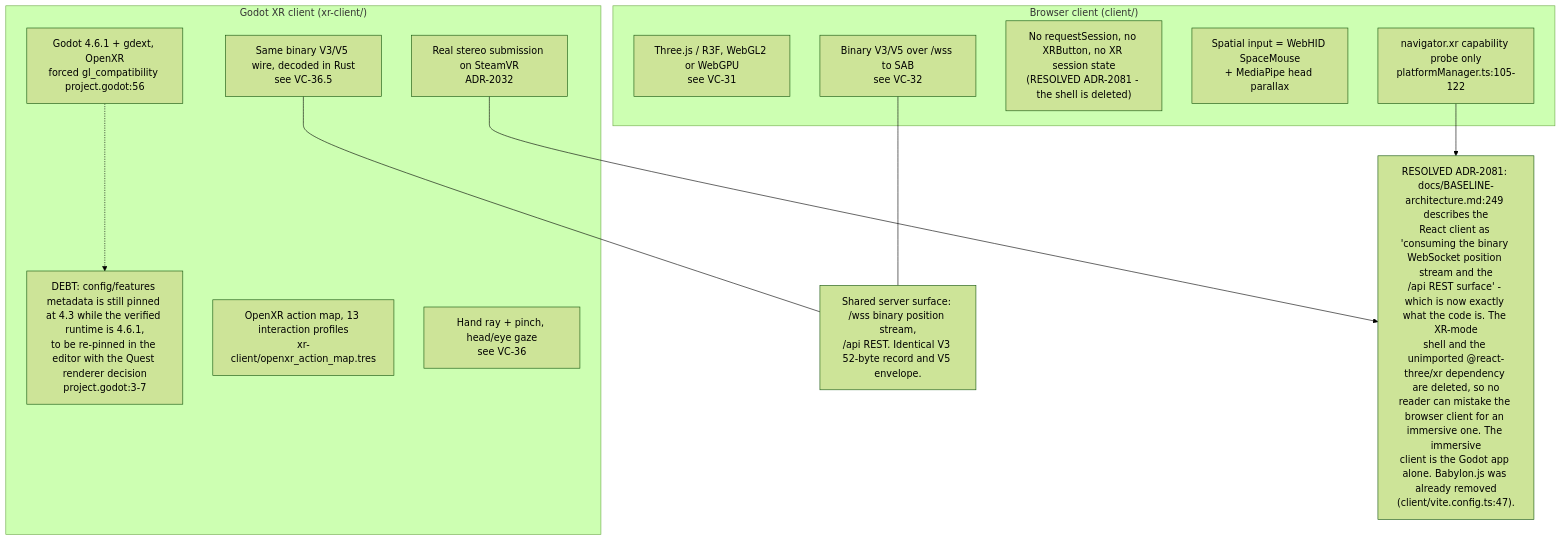
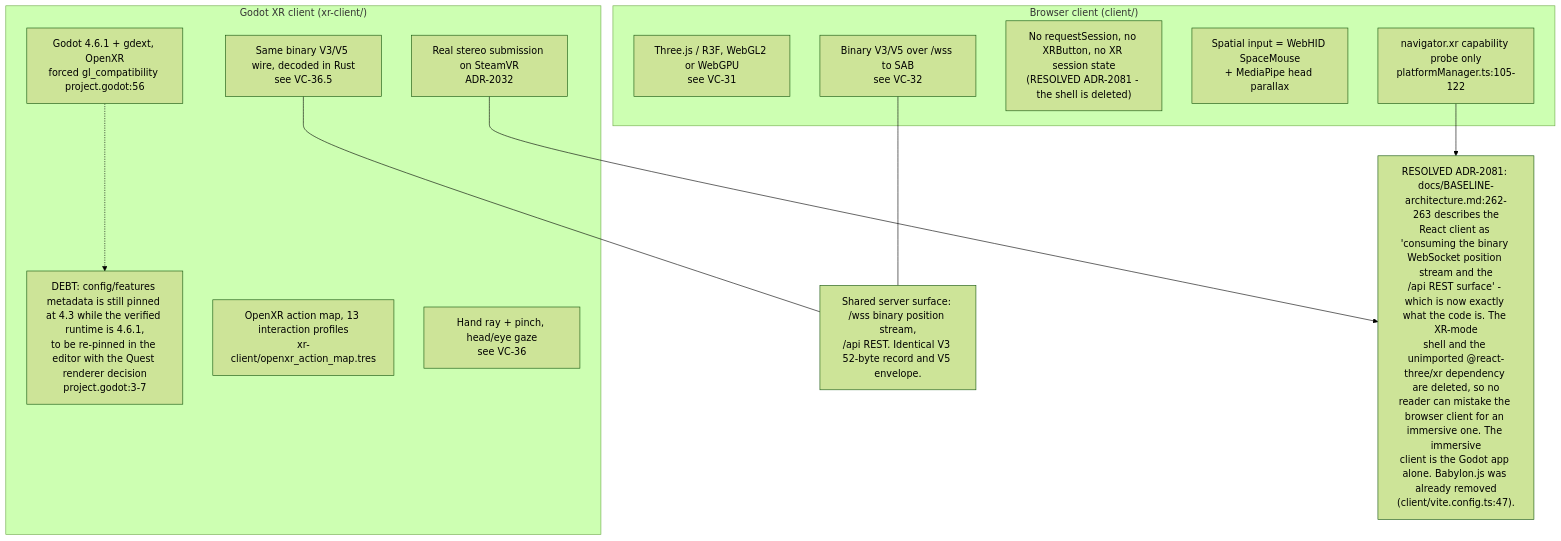
One commit to DreamLab-AI/VisionFlow changed the eighth of 10 diagrams in docs/diagrams/visionclaw/37-browser-xr-and-desktop-input.md. Above: the diagram before and after it, drawn with Mermaid (forest theme). The commit also changed other lines of this file and 145 other files, not shown here.

````diff
--- a/docs/diagrams/visionclaw/37-browser-xr-and-desktop-input.md
+++ b/docs/diagrams/visionclaw/37-browser-xr-and-desktop-input.md
@@ -332,24 +332,24 @@
 ```mermaid
 flowchart TB
     subgraph br["Browser client (client/)"]
         B1["Three.js / R3F, WebGL2 or WebGPU<br/>see VC-31"]
         B2["navigator.xr capability probe only<br/>platformManager.ts:105-122"]
         B3["No requestSession, no XRButton, no XR session state<br/>(RESOLVED ADR-2081 - the shell is deleted)"]
         B4["Spatial input = WebHID SpaceMouse<br/>+ MediaPipe head parallax"]
         B5["Binary V3/V5 over /wss to SAB<br/>see VC-32"]
     end
     subgraph gd["Godot XR client (xr-client/)"]
         G1["Godot 4.6.1 + gdext, OpenXR<br/>forced gl_compatibility project.godot:56"]
         G1D["DEBT: config/features metadata is still pinned at 4.3 while the verified runtime is 4.6.1,<br/>to be re-pinned in the editor with the Quest renderer decision<br/>project.godot:3-7"]
         G1 -.-> G1D
         G2["Real stereo submission on SteamVR<br/>ADR-2032"]
         G3["OpenXR action map, 13 interaction profiles<br/>xr-client/openxr_action_map.tres"]
         G4["Hand ray + pinch, head/eye gaze<br/>see VC-36"]
         G5["Same binary V3/V5 wire, decoded in Rust<br/>see VC-36.5"]
     end
     B5 --- SHARED["Shared server surface: /wss binary position stream,<br/>/api REST. Identical V3 52-byte record and V5 envelope."]
     G5 --- SHARED
     B2 --> DIV
     G2 --> DIV
-    DIV["RESOLVED ADR-2081: docs/BASELINE-architecture.md:249 describes the<br/>React client as 'consuming the binary WebSocket position stream and the<br/>/api REST surface' - which is now exactly what the code is. The XR-mode<br/>shell and the unimported @react-three/xr dependency are deleted, so no<br/>reader can mistake the browser client for an immersive one. The immersive<br/>client is the Godot app alone. Babylon.js was already removed<br/>(client/vite.config.ts:47)."]
+    DIV["RESOLVED ADR-2081: docs/BASELINE-architecture.md:262-263 describes the<br/>React client as 'consuming the binary WebSocket position stream and the<br/>/api REST surface' - which is now exactly what the code is. The XR-mode<br/>shell and the unimported @react-three/xr dependency are deleted, so no<br/>reader can mistake the browser client for an immersive one. The immersive<br/>client is the Godot app alone. Babylon.js was already removed<br/>(client/vite.config.ts:47)."]
 ```
````
